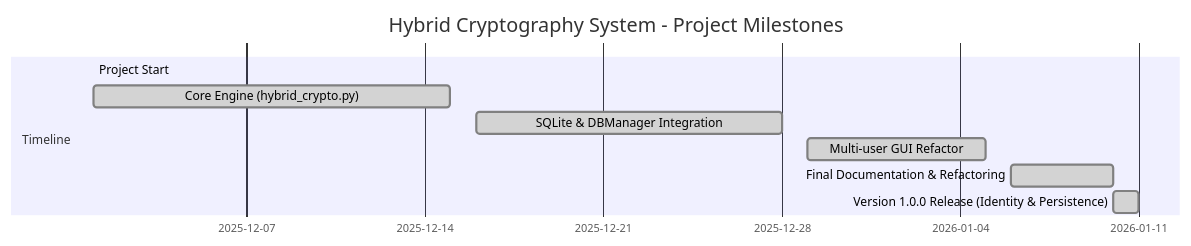
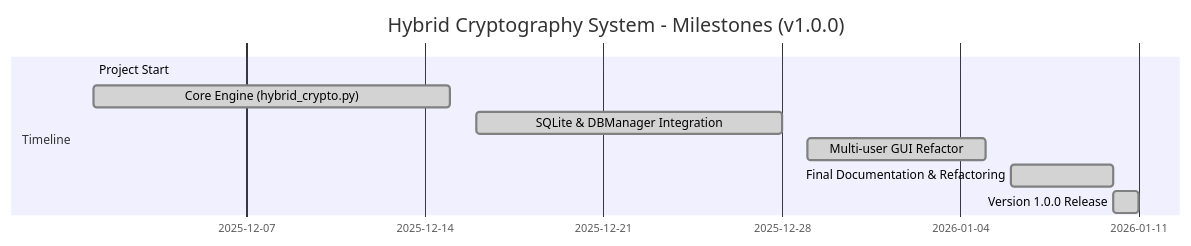
One commit to Layba-khan01/Hybrid-Cryptography-System changed the diagram in DELIVERABLES.md. Above: the diagram before and after it, drawn with Mermaid. The commit also changed 1 other file, not shown here.

Commit message:
gantt chart (milestone) modified

````diff
--- a/DELIVERABLES.md
+++ b/DELIVERABLES.md
@@ -250,13 +250,13 @@
 ```mermaid
-%%{init: {'themeVariables': { 'primaryColor': '#333', 'primaryBorderColor': '#333', 'primaryTextColor': '#000000', 'secondaryTextColor': '#000000', 'tertiaryTextColor': '#000000', 'taskTextColor': '#ffffff', 'taskTextLightColor': '#ffffff', 'cScale0': '#333', 'cScale1': '#555' }}}%%
+%%{init: {'themeVariables': { 'primaryColor': '#2c3e50', 'primaryTextColor': '#ffffff', 'primaryBorderColor': '#000000', 'lineColor': '#34495e', 'secondBkgColor': '#34495e', 'secondTextColor': '#ffffff', 'tertiaryColor': '#3498db' }}}%%
 gantt
-  title Hybrid Cryptography System - Project Milestones
+  title Hybrid Cryptography System - Milestones (v1.0.0)
   dateFormat  YYYY-MM-DD
   section Timeline
   Project Start                          :done, start, 2025-12-01, 2025-12-01
   Core Engine (hybrid_crypto.py)         :done, core, 2025-12-01, 2025-12-15
   SQLite & DBManager Integration         :done, db, 2025-12-16, 2025-12-28
   Multi-user GUI Refactor                 :done, gui, 2025-12-29, 2026-01-05
   Final Documentation & Refactoring      :done, docs, 2026-01-06, 2026-01-10
-  Version 1.0.0 Release (Identity & Persistence) :done, v1, 2026-01-10, 1d
+  Version 1.0.0 Release                  :done, v1, 2026-01-10, 1d
 ```
````
